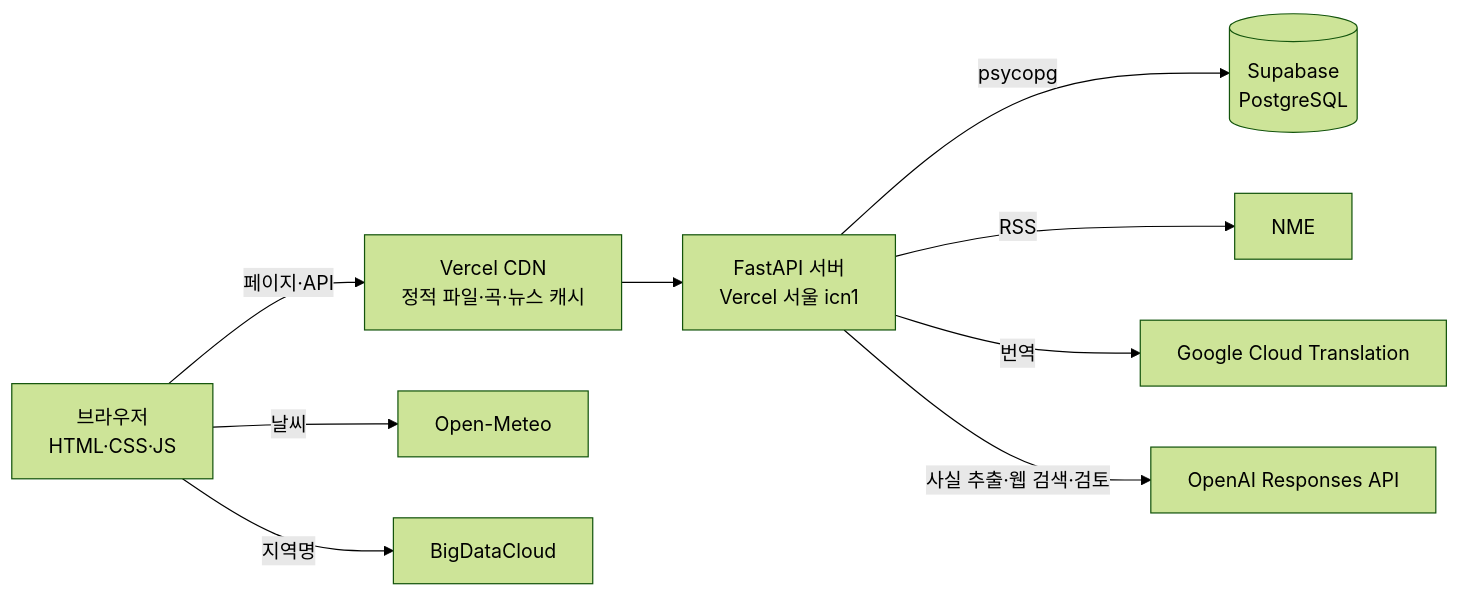
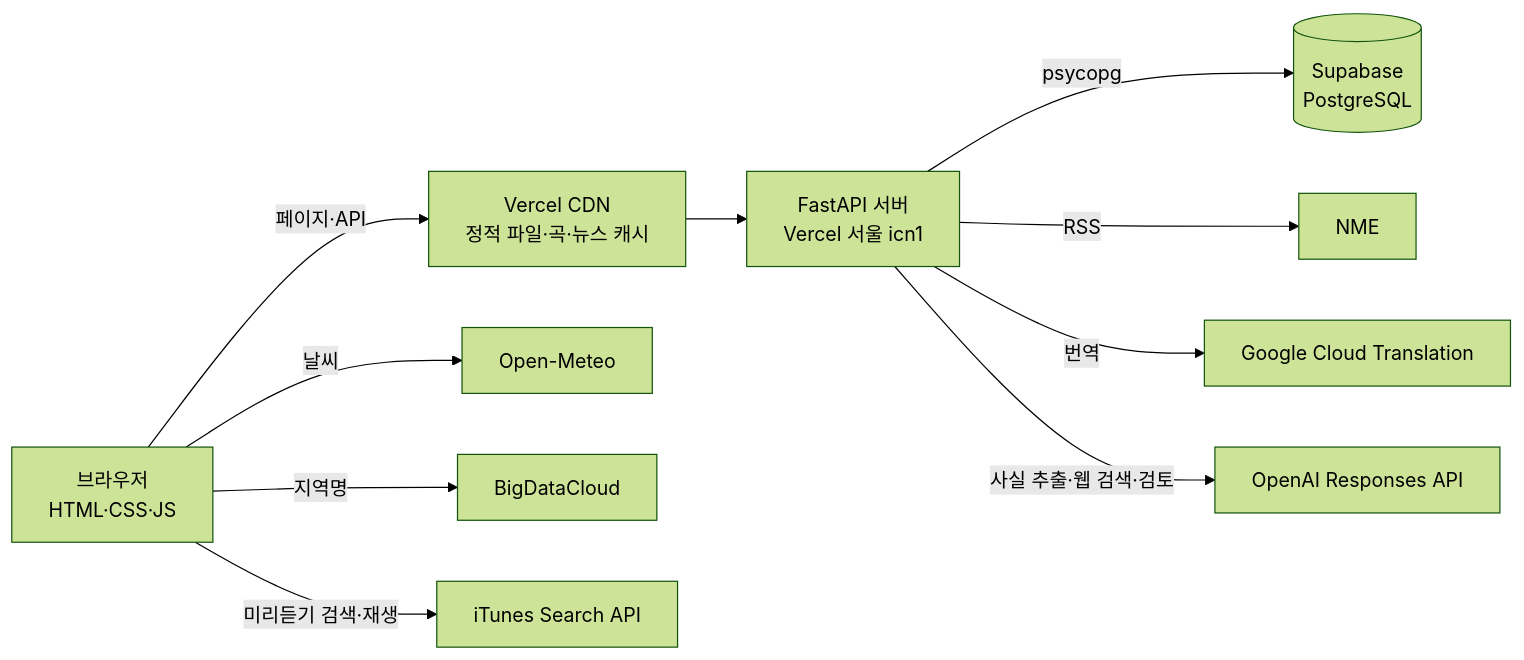
The first of 2 diagrams in README.md (schwatara-eng/todays-rock_app), drawn with Mermaid (forest theme) before and after one commit. The commit also changed other lines of this file, not shown here.

First line of the commit message:
README에 30초 미리듣기 기능과 미리보기 배포 안내 추가

````diff
--- a/README.md
+++ b/README.md
@@ -163,11 +166,12 @@
 ```mermaid
 flowchart LR
   B[브라우저<br>HTML·CSS·JS] -->|페이지·API| V[Vercel CDN<br>정적 파일·곡·뉴스 캐시]
   V --> F[FastAPI 서버<br>Vercel 서울 icn1]
   F -->|psycopg| D[(Supabase<br>PostgreSQL)]
   F -->|RSS| N[NME]
   F -->|번역| G[Google Cloud Translation]
   F -->|사실 추출·웹 검색·검토| O[OpenAI Responses API]
   B -->|날씨| M[Open-Meteo]
   B -->|지역명| C[BigDataCloud]
+  B -->|미리듣기 검색·재생| I[iTunes Search API]
 ```
````
